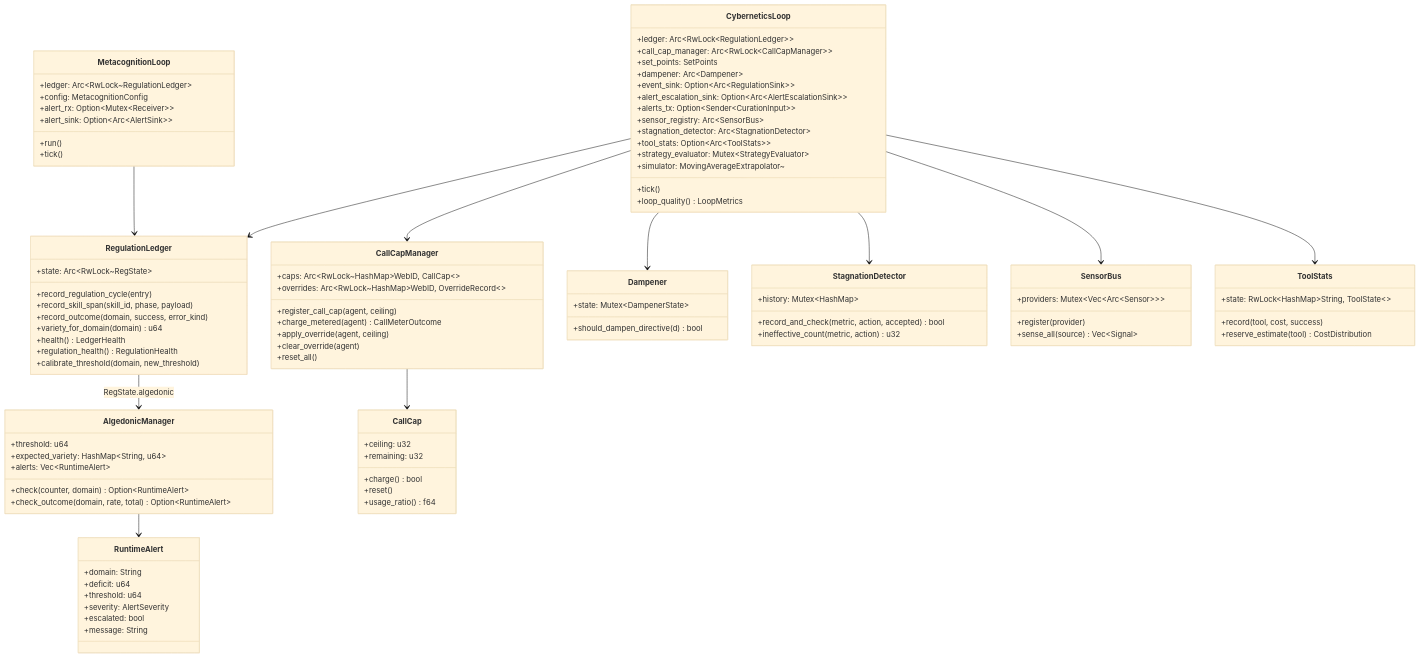
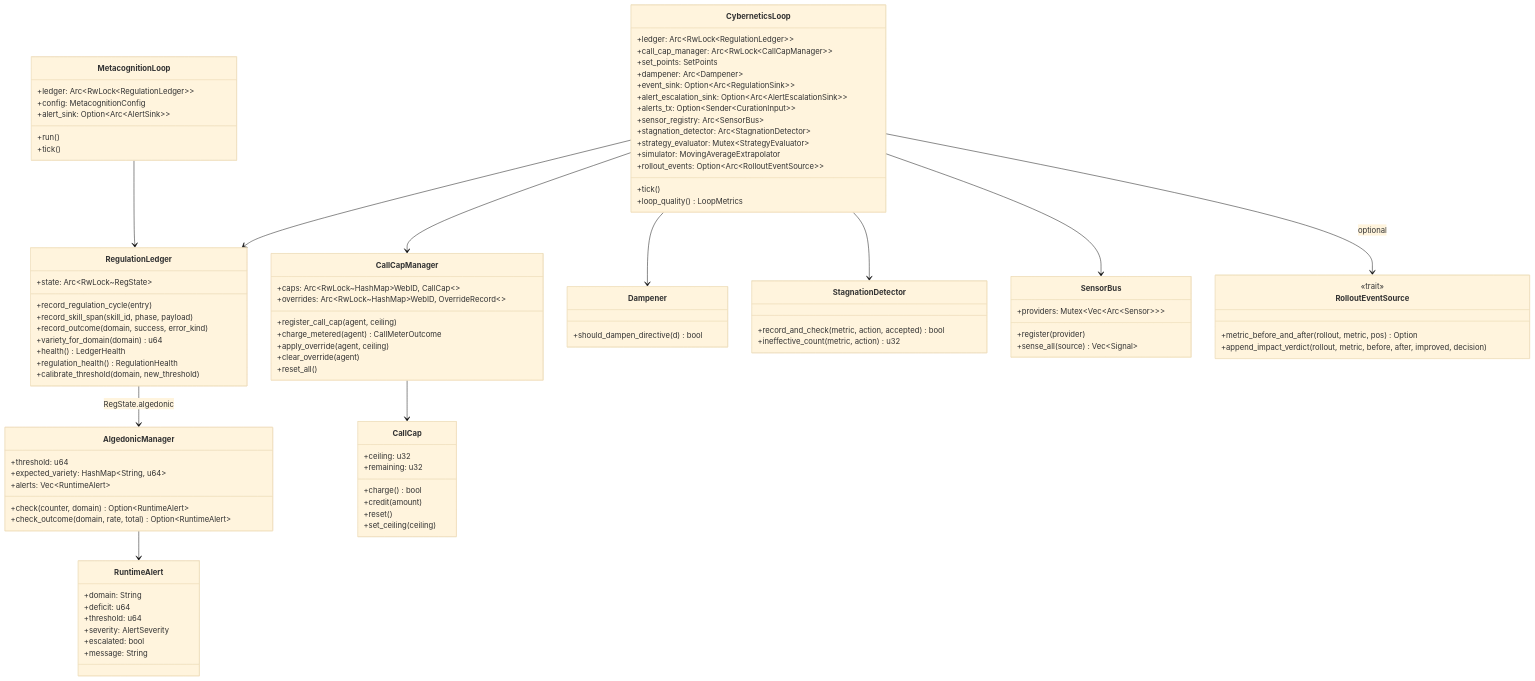
The first of 2 diagrams in kask/docs/diataxis/hkask-regulation/reference.md (mdz-axo/zed-kask), drawn with Mermaid (base theme) before and after one commit. The commit also changed other lines of this file and 41 other files, not shown here.

```diff
--- a/kask/docs/diataxis/hkask-regulation/reference.md
+++ b/kask/docs/diataxis/hkask-regulation/reference.md
@@ -122,9 +128,9 @@
         +alerts_tx: Option~Sender~CurationInput~~
         +sensor_registry: Arc~SensorBus~
         +stagnation_detector: Arc~StagnationDetector~
-        +tool_stats: Option~Arc~ToolStats~~
         +strategy_evaluator: Mutex~StrategyEvaluator~
-        +simulator: MovingAverageExtrapolator~
+        +simulator: MovingAverageExtrapolator
+        +rollout_events: Option~Arc~RolloutEventSource~~
         +tick()
         +loop_quality() LoopMetrics
     }
@@ -151,15 +157,14 @@
         +ceiling: u32
         +remaining: u32
         +charge() bool
+        +credit(amount)
         +reset()
-        +usage_ratio() f64
+        +set_ceiling(ceiling)
     }
     class Dampener {
-        +state: Mutex~DampenerState~
         +should_dampen_directive(d) bool
     }
     class StagnationDetector {
-        +history: Mutex~HashMap~
         +record_and_check(metric, action, accepted) bool
         +ineffective_count(metric, action) u32
     }
@@ -179,9 +184,8 @@
         +message: String
     }
     class MetacognitionLoop {
-        +ledger: Arc~RwLock~RegulationLedger~
+        +ledger: Arc~RwLock~RegulationLedger~~
         +config: MetacognitionConfig
-        +alert_rx: Option~Mutex~Receiver~~
         +alert_sink: Option~Arc~AlertSink~~
         +run()
         +tick()
@@ -191,17 +195,17 @@
         +register(provider)
         +sense_all(source) Vec~Signal~
     }
-    class ToolStats {
-        +state: RwLock~HashMap~String, ToolState~~
-        +record(tool, cost, success)
-        +reserve_estimate(tool) CostDistribution
+    class RolloutEventSource {
+        <<trait>>
+        +metric_before_and_after(rollout, metric, pos) Option
+        +append_impact_verdict(rollout, metric, before, after, improved, decision)
     }
     CyberneticsLoop --> RegulationLedger
     CyberneticsLoop --> CallCapManager
     CyberneticsLoop --> Dampener
     CyberneticsLoop --> StagnationDetector
     CyberneticsLoop --> SensorBus
-    CyberneticsLoop --> ToolStats
+    CyberneticsLoop --> RolloutEventSource : optional
     CallCapManager --> CallCap
     RegulationLedger --> AlgedonicManager : RegState.algedonic
     AlgedonicManager --> RuntimeAlert
```
